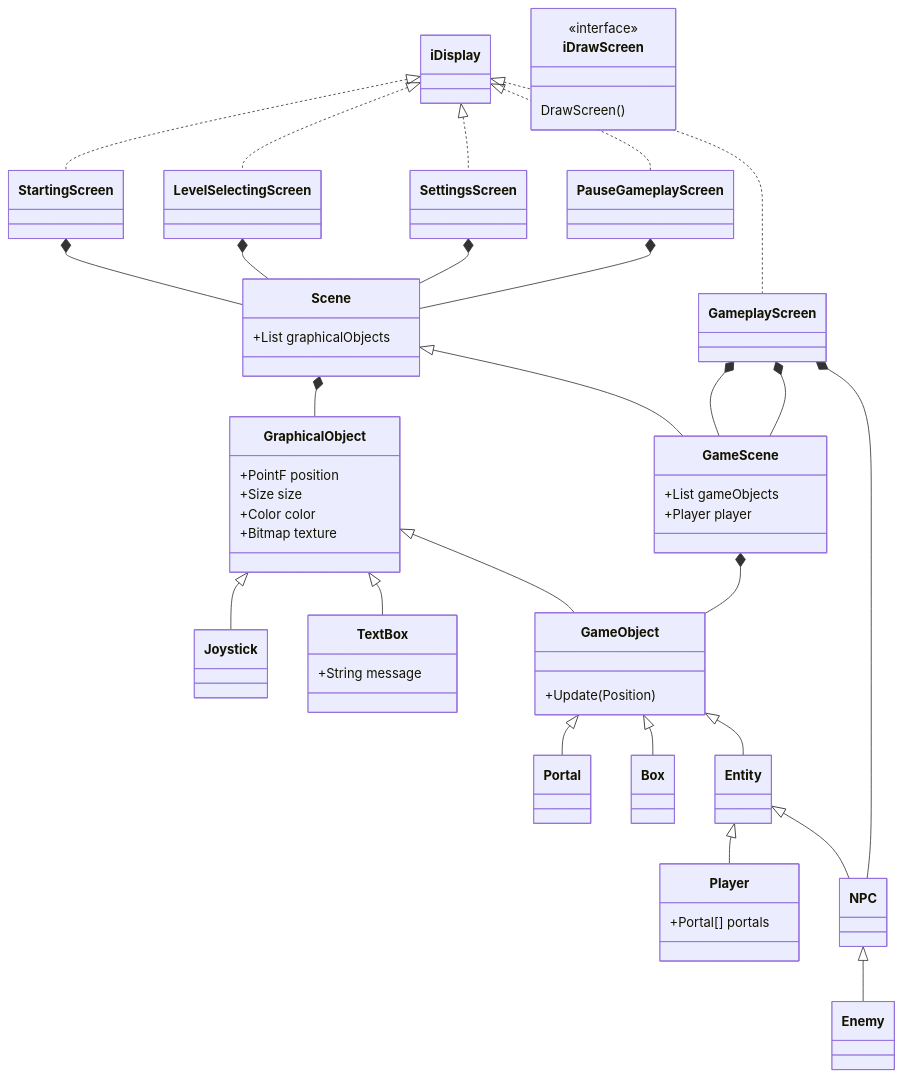
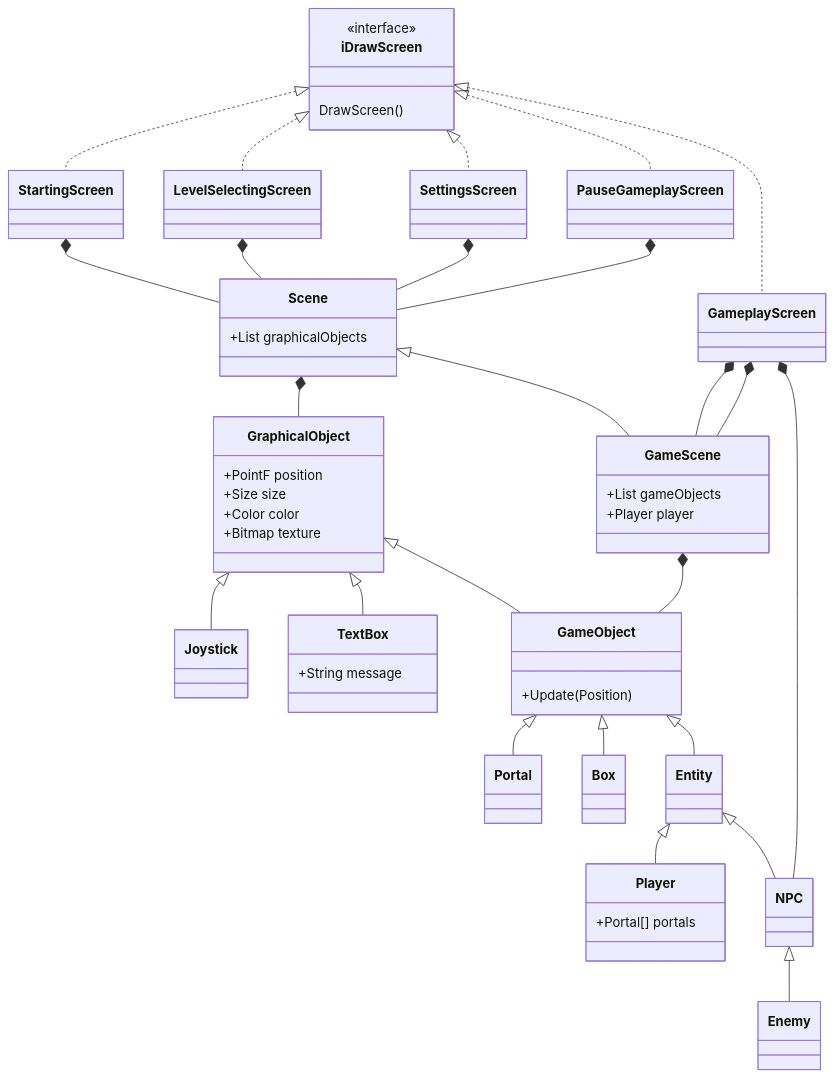
One commit to dRoycon/HS_SoftwareEngineeringProject changed the diagram in planning_class_structure/README.md. Above: the diagram before and after it, drawn with Mermaid.

Commit message:
fixed:   planning_class_structure/README.md

````diff
--- a/planning_class_structure/README.md
+++ b/planning_class_structure/README.md
@@ -3,71 +3,71 @@
 ``` mermaid
 classDiagram
-    iDisplay <|.. StartingScreen
-    iDisplay <|.. LevelSelectingScreen
-    iDisplay <|.. SettingsScreen
-    iDisplay <|.. PauseGameplayScreen
-    iDisplay <|.. GameplayScreen
+    iDrawScreen <|.. StartingScreen
+    iDrawScreen <|.. LevelSelectingScreen
+    iDrawScreen <|.. SettingsScreen
+    iDrawScreen <|.. PauseGameplayScreen
+    iDrawScreen <|.. GameplayScreen
 
     StartingScreen *-- Scene
     LevelSelectingScreen *-- Scene
     SettingsScreen *-- Scene
     PauseGameplayScreen *-- Scene
 
     Scene *-- GraphicalObject
     Scene <|-- GameScene 
 
     GraphicalObject <|-- Joystick
     GraphicalObject <|-- TextBox
     GraphicalObject <|-- GameObject
 
     GameObject <|-- Portal
     GameObject <|-- Box
     GameObject <|-- Entity
     GameScene *-- GameObject 
 
 
     Entity <|-- Player
     Entity <|-- NPC
 
     NPC <|-- Enemy
 
     GameplayScreen *-- GameScene
     GameplayScreen *-- NPC
     GameplayScreen *-- GameScene
 
     class iDrawScreen{
         <<interface>>
         DrawScreen()
     }
 
     class GraphicalObject{
         +PointF position
         +Size size
         +Color color
         +Bitmap texture
     }
 
     class GameObject{
         +Update(Position)
     }
 
     class Scene{
         +List<GraphicalObject> graphicalObjects
     }
 
     class GameScene{
         +List<GameObject> gameObjects
         +Player player
 
     }
 
     class Player{
         +Portal[] portals
     }
 
     class TextBox{
         +String message
     }
 
 
 ```
````
